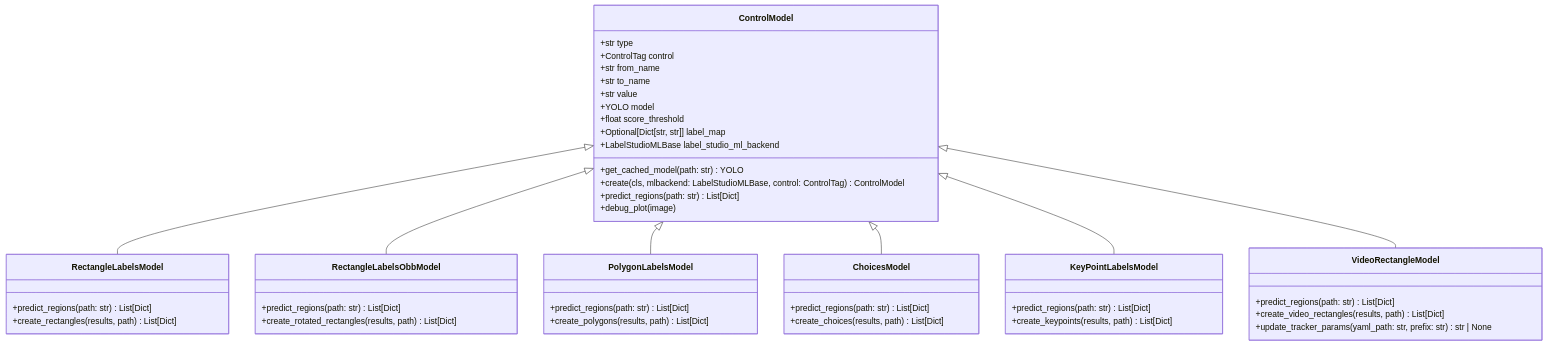
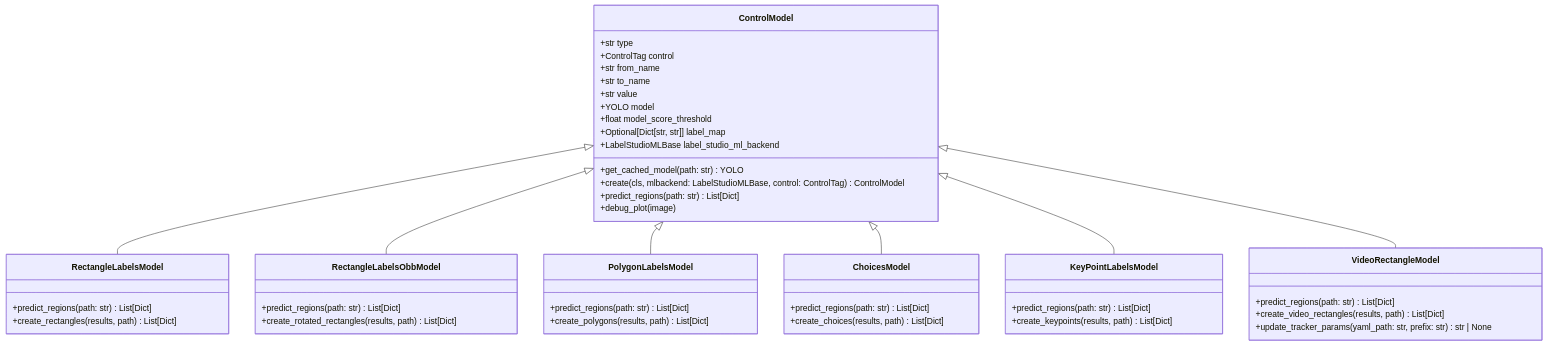
The diagram in label_studio_ml/examples/yolo/README_DEVELOP.md (HumanSignal/label-studio-ml-backend), drawn with Mermaid before and after one commit. The commit also changed 2 other files, not shown here.

Commit message:
Replave score_threshold to model_score_threshold

````diff
--- a/label_studio_ml/examples/yolo/README_DEVELOP.md
+++ b/label_studio_ml/examples/yolo/README_DEVELOP.md
@@ -1,58 +1,58 @@
 ```mermaid
 classDiagram
     class ControlModel {
         +str type
         +ControlTag control
         +str from_name
         +str to_name
         +str value
         +YOLO model
-        +float score_threshold
+        +float model_score_threshold
         +Optional[Dict[str, str]] label_map
         +LabelStudioMLBase label_studio_ml_backend
         +get_cached_model(path: str) YOLO
         +create(cls, mlbackend: LabelStudioMLBase, control: ControlTag) ControlModel
         +predict_regions(path: str) List[Dict]
         +debug_plot(image)
     }
 
     class RectangleLabelsModel {
         +predict_regions(path: str) List[Dict]
         +create_rectangles(results, path) List[Dict]
     }
 
     class RectangleLabelsObbModel {
         +predict_regions(path: str) List[Dict]
         +create_rotated_rectangles(results, path) List[Dict]
     }    
     
 
     class PolygonLabelsModel {
         +predict_regions(path: str) List[Dict]
         +create_polygons(results, path) List[Dict]
     }
     
     class KeyPointLabelsModel {
         +predict_regions(path: str) List[Dict]
         +create_keypoints(results, path) List[Dict]
     }
 
     class ChoicesModel {
         +predict_regions(path: str) List[Dict]
         +create_choices(results, path) List[Dict]
     }
 
     class VideoRectangleModel {
         +predict_regions(path: str) List[Dict]
         +create_video_rectangles(results, path) List[Dict]
         +update_tracker_params(yaml_path: str, prefix: str) str | None
     }
 
     ControlModel <|-- RectangleLabelsModel
     ControlModel <|-- RectangleLabelsObbModel
     ControlModel <|-- PolygonLabelsModel
     ControlModel <|-- ChoicesModel
     ControlModel <|-- KeyPointLabelsModel
     ControlModel <|-- VideoRectangleModel
     
 ```
````
